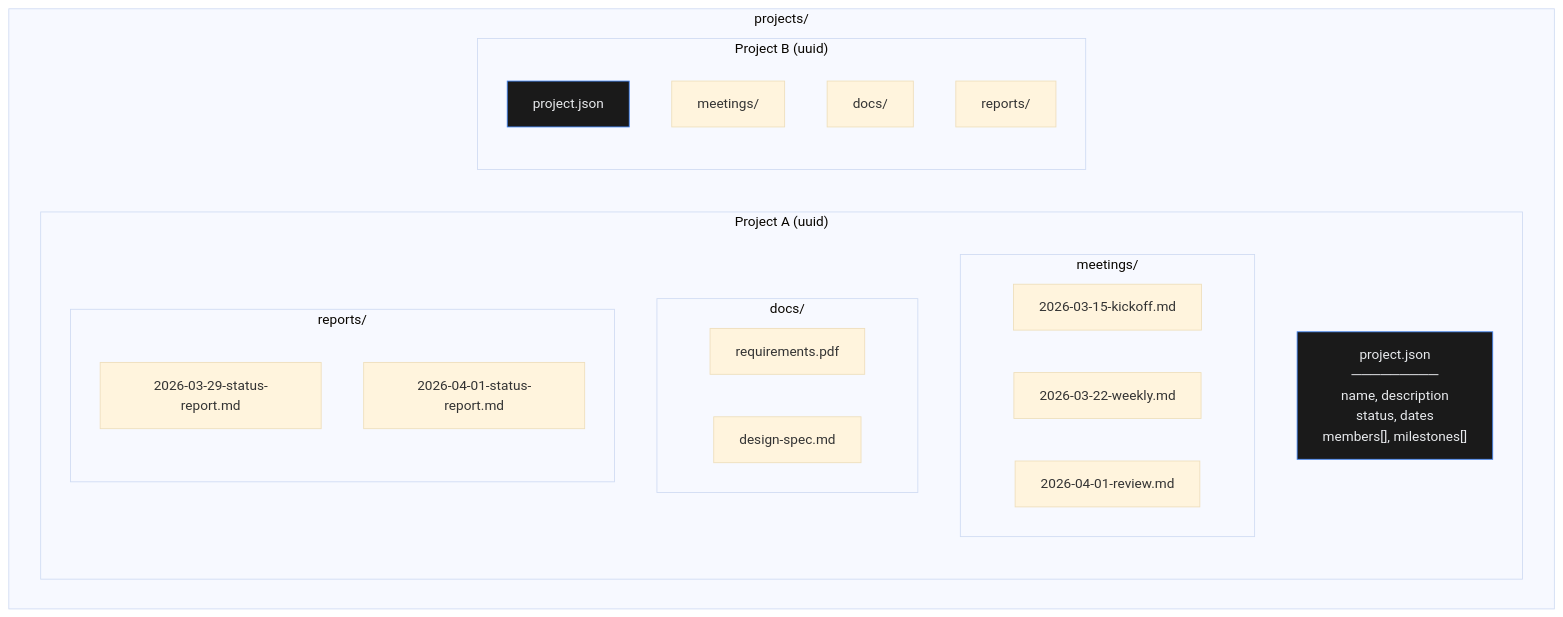
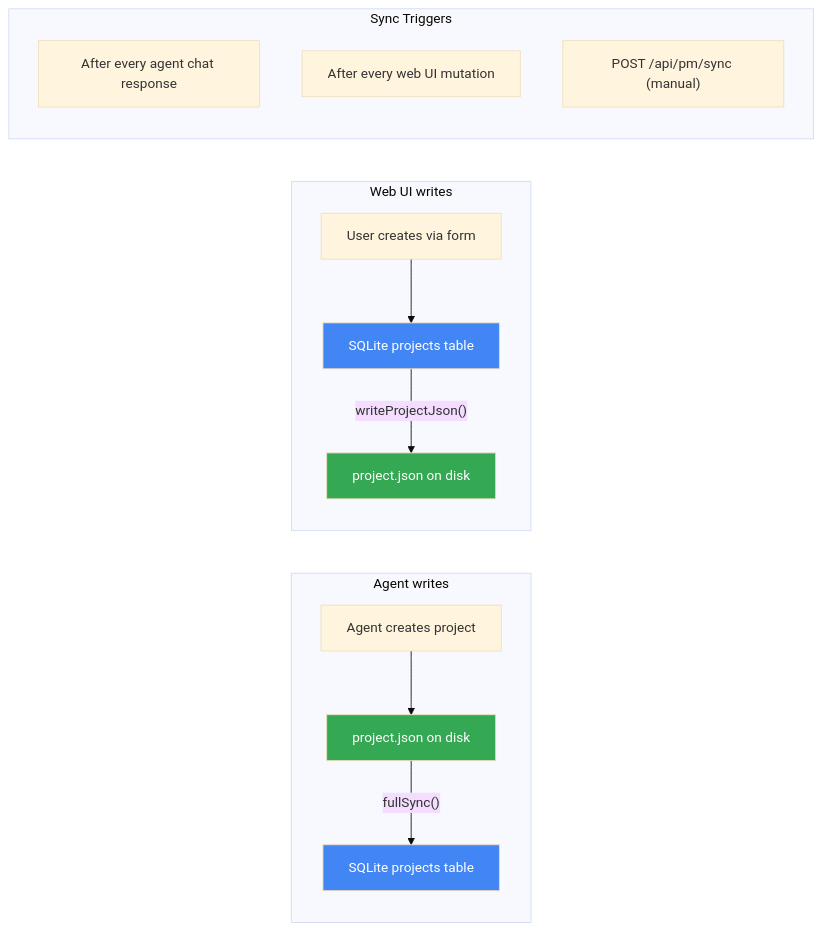
The fourth of 5 diagrams in README.md (potenlab/project-automation-harness), drawn with Mermaid (base theme) before and after one commit. The commit also changed other lines of this file and 4 other files, not shown here.

````diff
--- a/README.md
+++ b/README.md
@@ -109,34 +134,23 @@
 ```mermaid
-graph TD
-    subgraph "projects/"
-        subgraph "Project A (uuid)"
-            PJ_A["project.json<br/>─────────<br/>name, description<br/>status, dates<br/>members[], milestones[]"]
-            
-            subgraph "meetings/"
-                M1["2026-03-15-kickoff.md"]
-                M2["2026-03-22-weekly.md"]
-                M3["2026-04-01-review.md"]
-            end
-            
-            subgraph "docs/"
-                D1["requirements.pdf"]
-                D2["design-spec.md"]
-            end
-            
-            subgraph "reports/"
-                R1["2026-03-29-status-report.md"]
-                R2["2026-04-01-status-report.md"]
-            end
-        end
-        
-        subgraph "Project B (uuid)"
-            PJ_B["project.json"]
-            MB["meetings/"]
-            DB["docs/"]
-            RB["reports/"]
-        end
+flowchart LR
+    subgraph "Agent writes"
+        A1["Agent creates project"] --> PJ1["project.json on disk"]
+        PJ1 -->|"fullSync()"| DB1["SQLite projects table"]
     end
     
-    style PJ_A fill:#1a1a1a,color:#e8eaed,stroke:#4285F4
-    style PJ_B fill:#1a1a1a,color:#e8eaed,stroke:#4285F4
+    subgraph "Web UI writes"
+        W1["User creates via form"] --> DB2["SQLite projects table"]
+        DB2 -->|"writeProjectJson()"| PJ2["project.json on disk"]
+    end
+    
+    subgraph "Sync Triggers"
+        T1["After every agent chat response"]
+        T2["After every web UI mutation"]
+        T3["POST /api/pm/sync (manual)"]
+    end
+    
+    style DB1 fill:#4285F4,color:#fff
+    style DB2 fill:#4285F4,color:#fff
+    style PJ1 fill:#34A853,color:#fff
+    style PJ2 fill:#34A853,color:#fff
 ```
````
